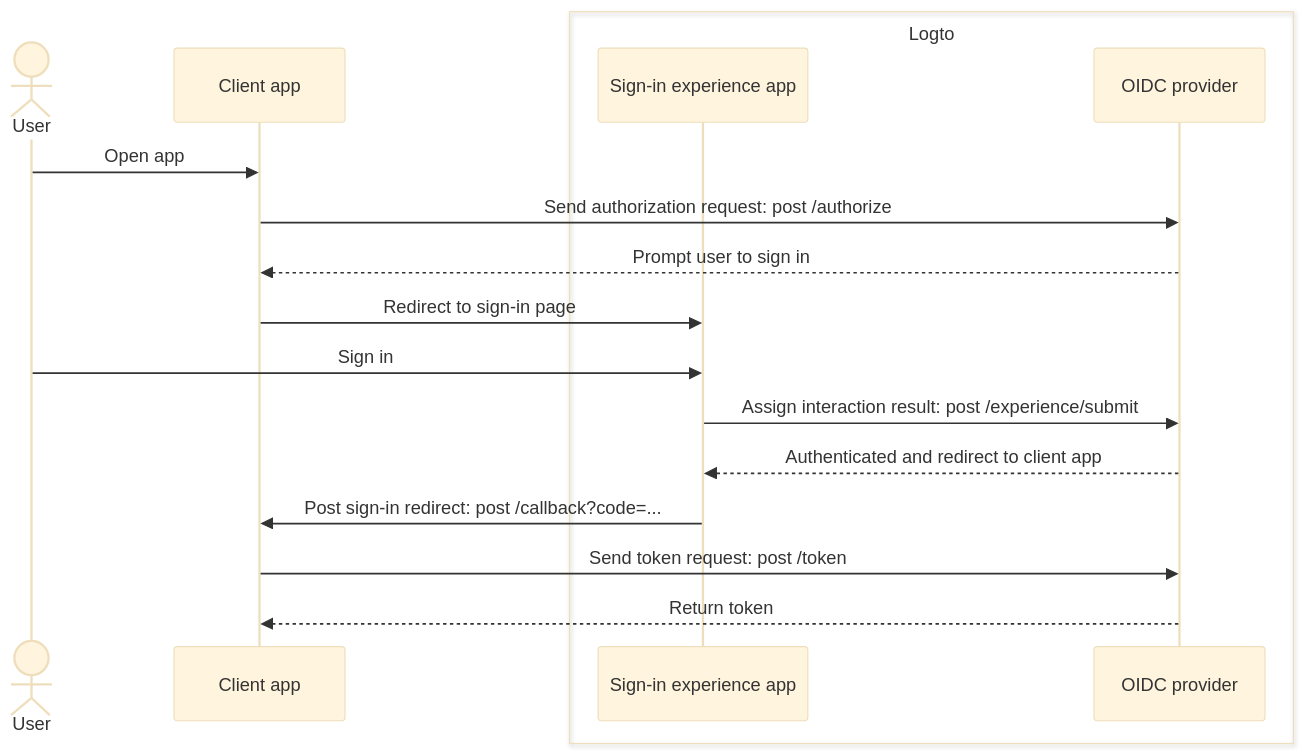
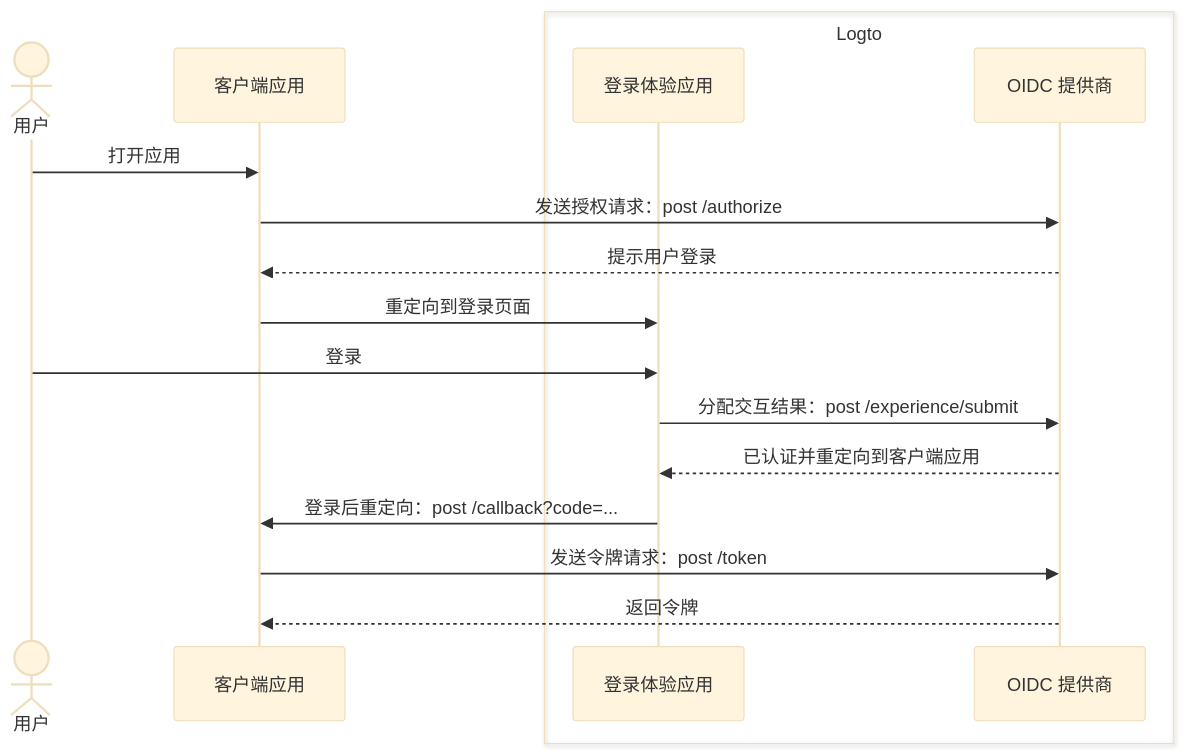
Before and after one commit to logto-io/docs: the first of 2 diagrams in i18n/zh-CN/docusaurus-plugin-content-docs/current/end-user-flows/sign-up-and-sign-in/README.mdx, drawn with Mermaid (base theme). The commit also changed other lines of this file and 449 other files, not shown here.

````diff
--- a/i18n/zh-CN/docusaurus-plugin-content-docs/current/end-user-flows/sign-up-and-sign-in/README.mdx
+++ b/i18n/zh-CN/docusaurus-plugin-content-docs/current/end-user-flows/sign-up-and-sign-in/README.mdx
@@ -13,21 +13,21 @@
 ```mermaid
 sequenceDiagram
-  actor user as User
-  participant client as Client app
+  actor user as 用户
+  participant client as 客户端应用
 
   box Logto
-    participant experience as Sign-in experience app
-    participant oidc as OIDC provider
+    participant experience as 登录体验应用
+    participant oidc as OIDC 提供商
   end
 
-  user ->> client: Open app
-  client ->> oidc: Send authorization request: post /authorize
-  oidc -->> client: Prompt user to sign in
-  client ->> experience: Redirect to sign-in page
-  user ->> experience: Sign in
-  experience ->> oidc: Assign interaction result: post /experience/submit
-  oidc -->> experience: Authenticated and redirect to client app
-  experience ->> client: Post sign-in redirect:  post /callback?code=...
-  client ->> oidc: Send token request: post /token
-  oidc -->> client: Return token
+  user ->> client: 打开应用
+  client ->> oidc: 发送授权请求：post /authorize
+  oidc -->> client: 提示用户登录
+  client ->> experience: 重定向到登录页面
+  user ->> experience: 登录
+  experience ->> oidc: 分配交互结果：post /experience/submit
+  oidc -->> experience: 已认证并重定向到客户端应用
+  experience ->> client: 登录后重定向：post /callback?code=...
+  client ->> oidc: 发送令牌请求：post /token
+  oidc -->> client: 返回令牌
 ```
````
